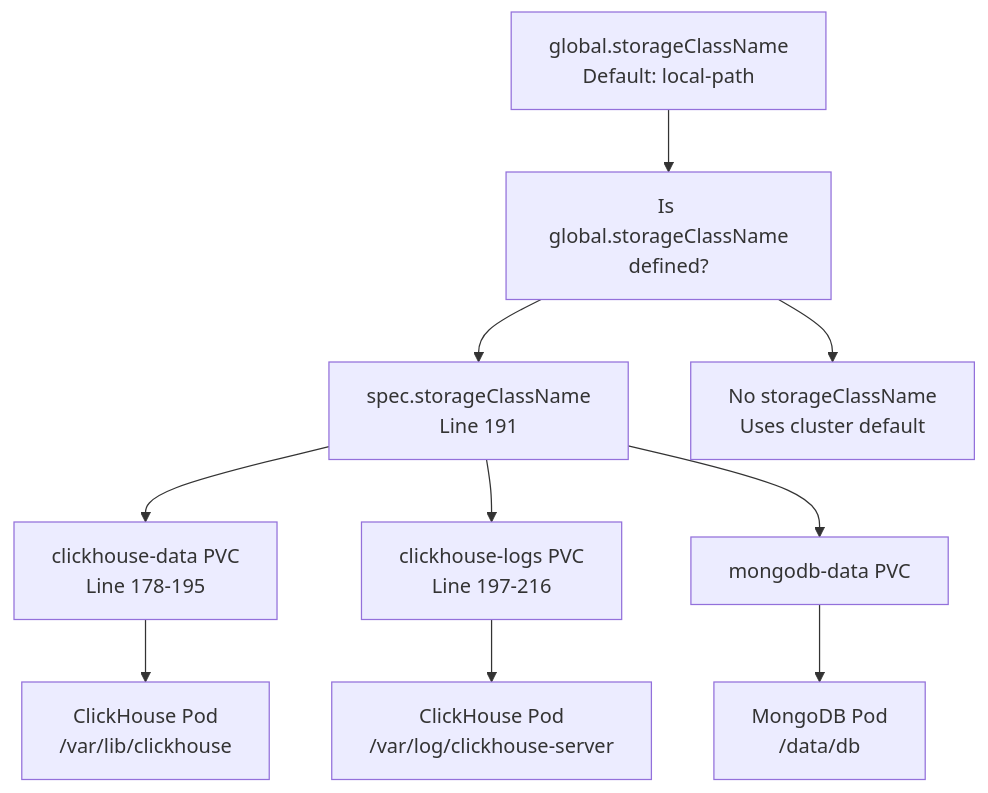
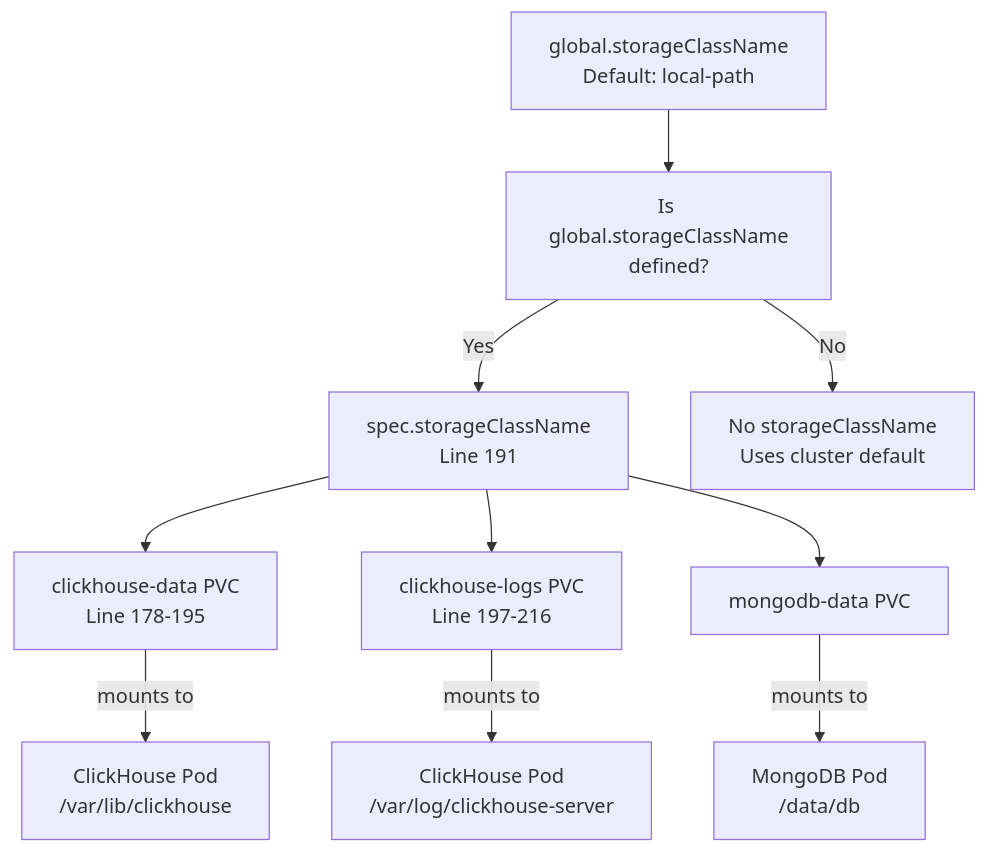
The third of 5 diagrams in docs/hyperdxio-helm-charts-docs/Global-Configuration.md (openchoreo/openchoreo), drawn with Mermaid before and after one commit. The commit also changed other lines of this file and 85 other files, not shown here.

Commit message:
feat: Add new workflow and specification templates, update Helm chart dependencies, and clarify documentation diagrams.

````diff
--- a/docs/hyperdxio-helm-charts-docs/Global-Configuration.md
+++ b/docs/hyperdxio-helm-charts-docs/Global-Configuration.md
@@ -244,24 +244,24 @@
 ```mermaid
 flowchart TD
 
 GlobalStorageClass["global.storageClassName<br>Default: local-path"]
 ConditionalCheck["Is global.storageClassName<br>defined?"]
 PVC1["clickhouse-data PVC<br>Line 178-195"]
 PVC2["clickhouse-logs PVC<br>Line 197-216"]
 PVC3["mongodb-data PVC"]
 StorageClassField["spec.storageClassName<br>Line 191"]
 EmptyDirFallback["No storageClassName<br>Uses cluster default"]
 ClickHousePod["ClickHouse Pod<br>/var/lib/clickhouse"]
 ClickHousePod2["ClickHouse Pod<br>/var/log/clickhouse-server"]
 MongoDBPod["MongoDB Pod<br>/data/db"]
 
 GlobalStorageClass --> ConditionalCheck
-ConditionalCheck --> StorageClassField
-ConditionalCheck --> EmptyDirFallback
+ConditionalCheck -->|"Yes"| StorageClassField
+ConditionalCheck -->|"No"| EmptyDirFallback
 StorageClassField --> PVC1
 StorageClassField --> PVC2
 StorageClassField --> PVC3
-PVC1 --> ClickHousePod
-PVC2 --> ClickHousePod2
-PVC3 --> MongoDBPod
+PVC1 -->|"mounts to"| ClickHousePod
+PVC2 -->|"mounts to"| ClickHousePod2
+PVC3 -->|"mounts to"| MongoDBPod
 ```
````
